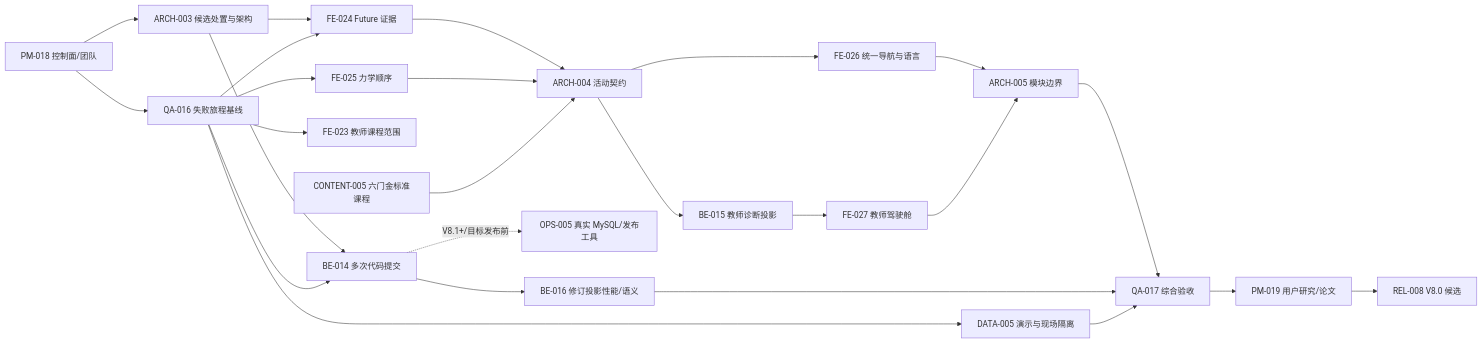
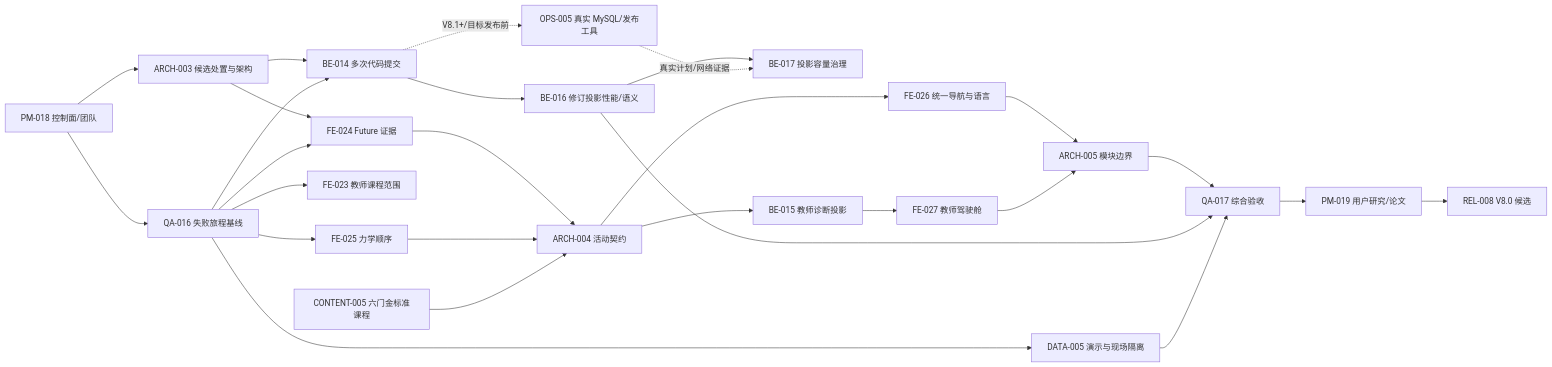
The fifth of 5 diagrams in doc/02-项目规划.md (falling-feather/Astra), drawn with Mermaid before and after one commit. The commit also changed other lines of this file and 1 other file, not shown here.

````diff
--- a/doc/02-项目规划.md
+++ b/doc/02-项目规划.md
@@ -399,27 +402,29 @@
 ```mermaid
 flowchart LR
     PM18["PM-018 控制面/团队"] --> ARCH3["ARCH-003 候选处置与架构"]
     PM18 --> QA16["QA-016 失败旅程基线"]
     ARCH3 --> BE14["BE-014 多次代码提交"]
     BE14 --> BE16["BE-016 修订投影性能/语义"]
+    BE16 --> BE17["BE-017 投影容量治理"]
     BE14 -. "V8.1+/目标发布前" .-> OPS5["OPS-005 真实 MySQL/发布工具"]
+    OPS5 -. "真实计划/网络证据" .-> BE17
     ARCH3 --> FE24["FE-024 Future 证据"]
     QA16 --> FE23["FE-023 教师课程范围"]
     QA16 --> BE14
     QA16 --> FE24
     QA16 --> FE25["FE-025 力学顺序"]
     QA16 --> DATA5["DATA-005 演示与现场隔离"]
     FE24 --> ARCH4["ARCH-004 活动契约"]
     FE25 --> ARCH4
     CONTENT5["CONTENT-005 六门金标准课程"] --> ARCH4
     ARCH4 --> FE26["FE-026 统一导航与语言"]
     ARCH4 --> BE15["BE-015 教师诊断投影"]
     BE15 --> FE27["FE-027 教师驾驶舱"]
     FE26 --> ARCH5["ARCH-005 模块边界"]
     FE27 --> ARCH5
     ARCH5 --> QA17["QA-017 综合验收"]
     BE16 --> QA17
     DATA5 --> QA17
     QA17 --> PM19["PM-019 用户研究/论文"]
     PM19 --> REL8["REL-008 V8.0 候选"]
 ```
````
